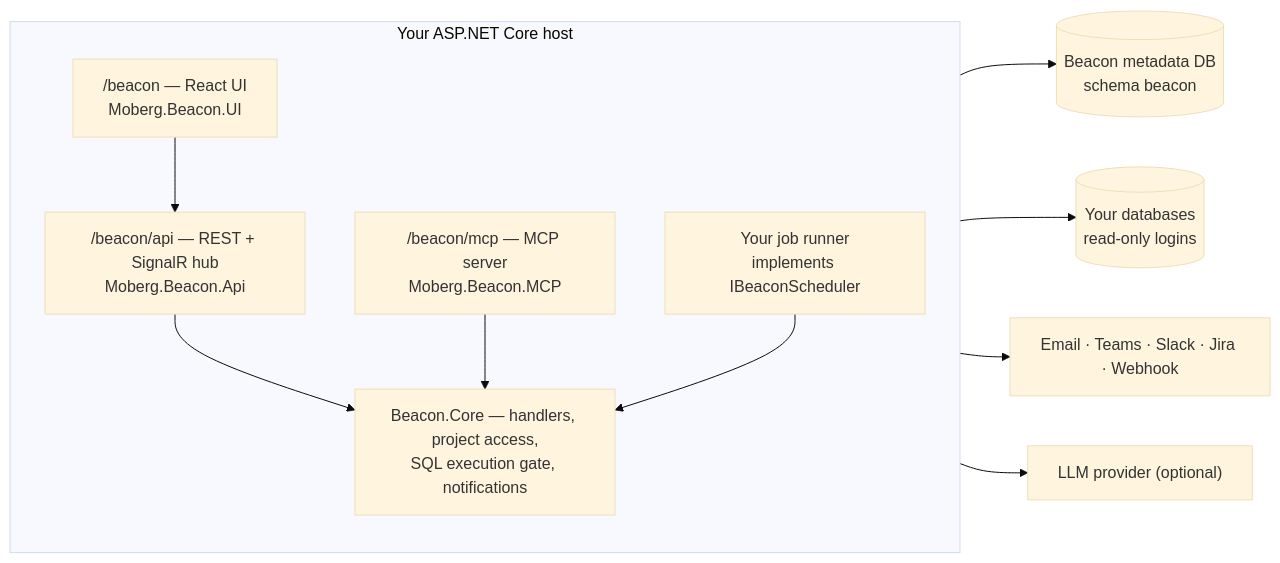
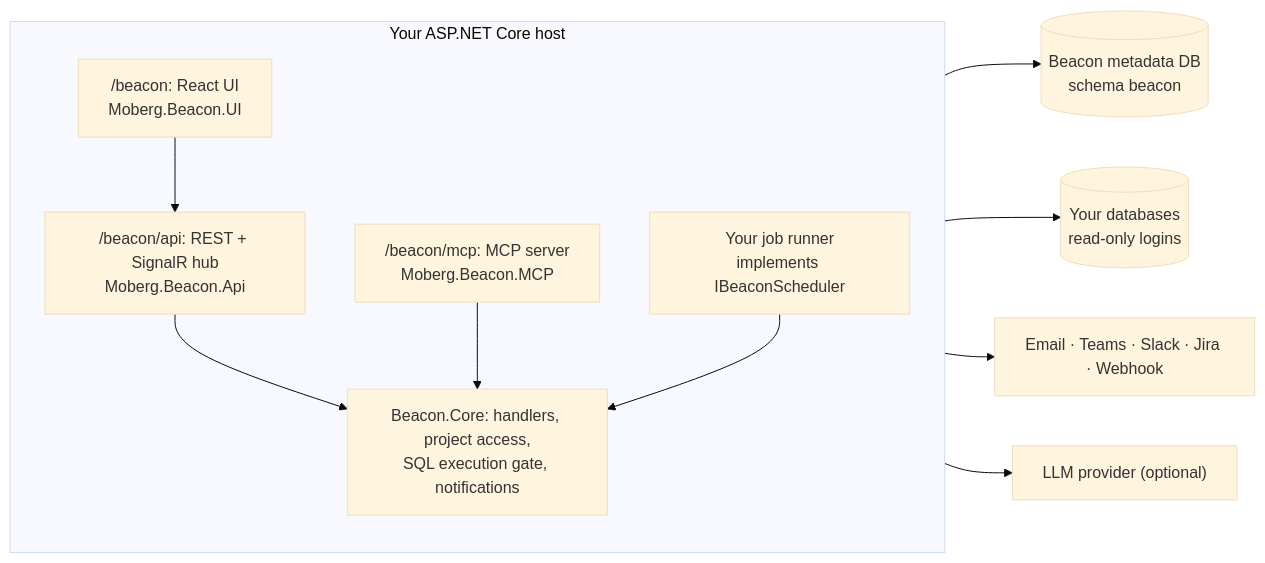
The diagram in docs/site/src/content/docs/integrate/index.md (moberghr/beacon), drawn with Mermaid (base theme) before and after one commit. The commit also changed other lines of this file and 50 other files, not shown here.

````diff
--- a/docs/site/src/content/docs/integrate/index.md
+++ b/docs/site/src/content/docs/integrate/index.md
@@ -90,18 +90,18 @@
 ```mermaid
 flowchart LR
   subgraph Host["Your ASP.NET Core host"]
     direction TB
-    UI["/beacon — React UI<br/>Moberg.Beacon.UI"]
-    API["/beacon/api — REST + SignalR hub<br/>Moberg.Beacon.Api"]
-    MCP["/beacon/mcp — MCP server<br/>Moberg.Beacon.MCP"]
-    Core["Beacon.Core — handlers, project access,<br/>SQL execution gate, notifications"]
+    UI["/beacon: React UI<br/>Moberg.Beacon.UI"]
+    API["/beacon/api: REST + SignalR hub<br/>Moberg.Beacon.Api"]
+    MCP["/beacon/mcp: MCP server<br/>Moberg.Beacon.MCP"]
+    Core["Beacon.Core: handlers, project access,<br/>SQL execution gate, notifications"]
     Jobs["Your job runner<br/>implements IBeaconScheduler"]
     UI --> API --> Core
     MCP --> Core
     Jobs --> Core
   end
   Core --> Meta[("Beacon metadata DB<br/>schema beacon")]
   Core --> Sources[("Your databases<br/>read-only logins")]
   Core --> Out["Email · Teams · Slack · Jira · Webhook"]
   Core --> LLM["LLM provider (optional)"]
 ```
````
